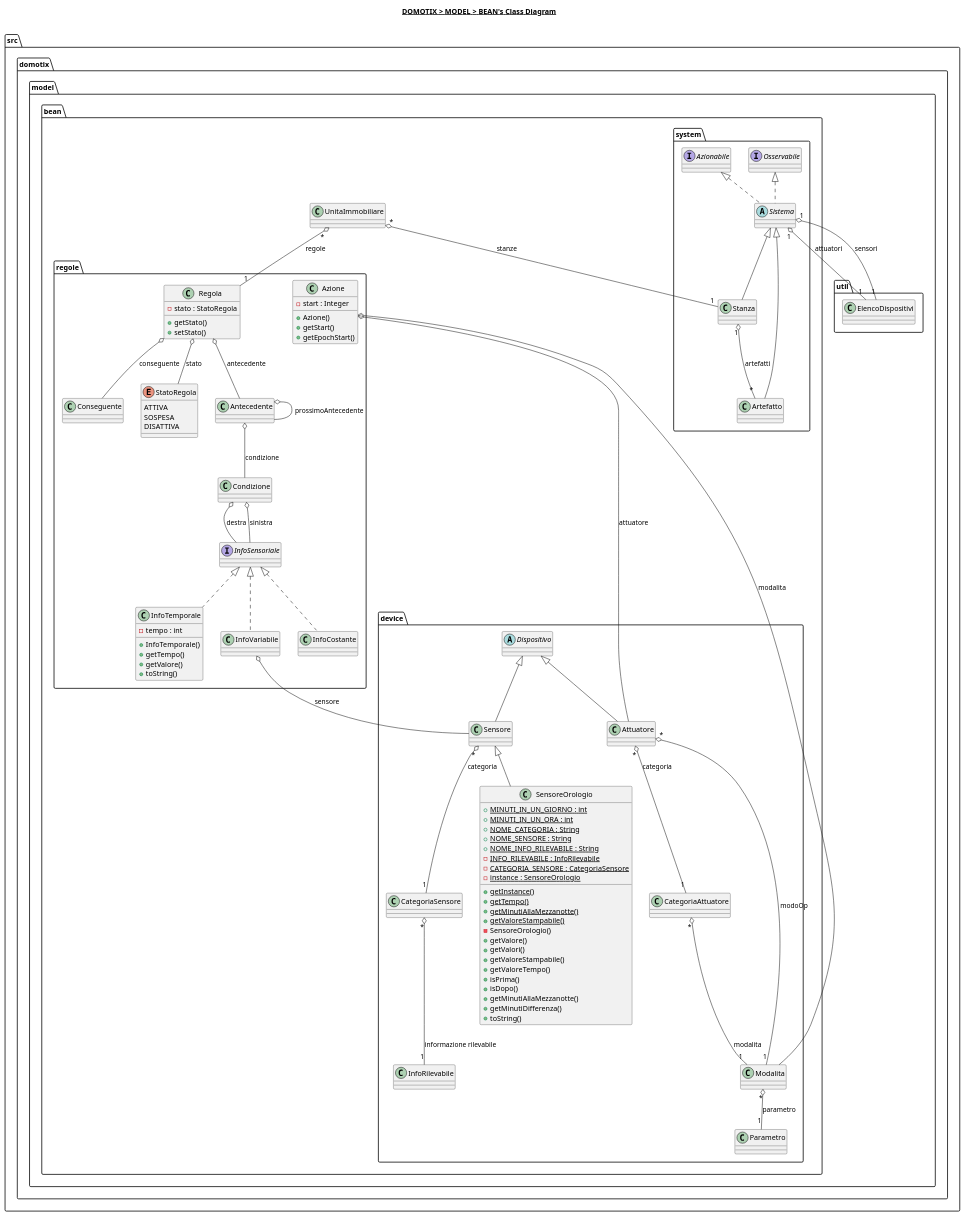
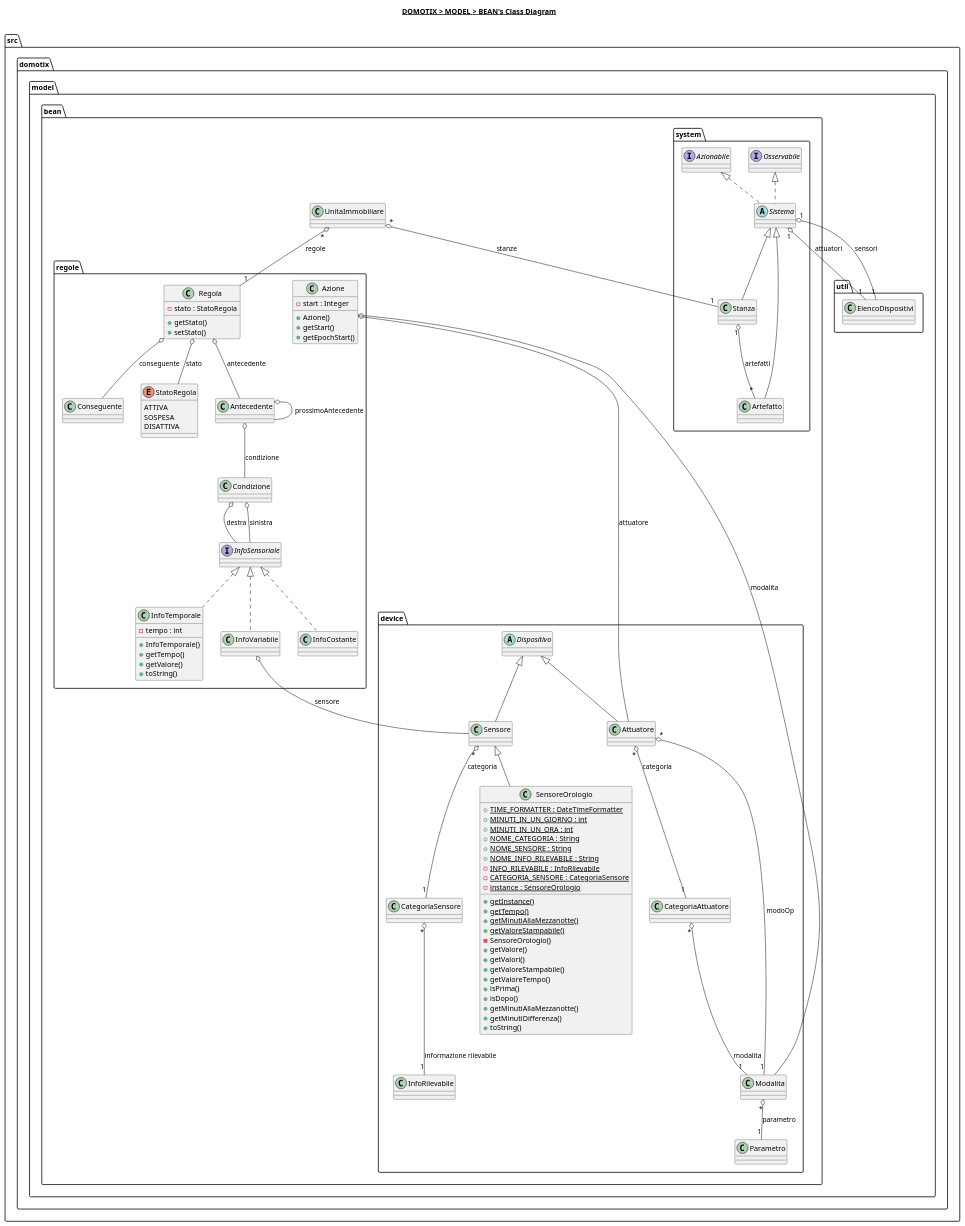
Before and after one commit to Edoar-do/Domotix: the diagram in src/domotix/model/bean/bean.plantuml, drawn with PlantUML. The commit also changed 7 other files, not shown here.

```diff
--- a/src/domotix/model/bean/bean.plantuml
+++ b/src/domotix/model/bean/bean.plantuml
@@ -1,164 +1,165 @@
 @startuml
 
 title __DOMOTIX > MODEL > BEAN's Class Diagram__\n
 
 namespace src.domotix.model {
     namespace util {
     }
 
     namespace bean {
         class src.domotix.model.bean.UnitaImmobiliare {
         }
 
         namespace device {
             class src.domotix.model.bean.device.Attuatore {
             }
 
             class src.domotix.model.bean.device.CategoriaAttuatore {
             }
 
             class src.domotix.model.bean.device.CategoriaSensore {
             }
 
             abstract class src.domotix.model.bean.device.Dispositivo {
             }
 
             class src.domotix.model.bean.device.Modalita {
             }
 
             class src.domotix.model.bean.device.Parametro {
             }
 
             class src.domotix.model.bean.device.Sensore {
             }
 
             class src.domotix.model.bean.device.InfoRilevabile {
             }
 
             class src.domotix.model.bean.device.SensoreOrologio {
+                {static} + TIME_FORMATTER : DateTimeFormatter
                 {static} + MINUTI_IN_UN_GIORNO : int
                 {static} + MINUTI_IN_UN_ORA : int
                 {static} + NOME_CATEGORIA : String
                 {static} + NOME_SENSORE : String
                 {static} + NOME_INFO_RILEVABILE : String
                 {static} - INFO_RILEVABILE : InfoRilevabile
                 {static} - CATEGORIA_SENSORE : CategoriaSensore
                 {static} - instance : SensoreOrologio
                 {static} + getInstance()
                 {static} + getTempo()
                 {static} + getMinutiAllaMezzanotte()
                 {static} + getValoreStampabile()
                 - SensoreOrologio()
                 + getValore()
                 + getValori()
                 + getValoreStampabile()
                 + getValoreTempo()
                 + isPrima()
                 + isDopo()
                 + getMinutiAllaMezzanotte()
                 + getMinutiDifferenza()
                 + toString()
             }
         }
 
         namespace system {
             class src.domotix.model.bean.system.Artefatto {
               }
 
               interface src.domotix.model.bean.system.Azionabile {
               }
 
               interface src.domotix.model.bean.system.Osservabile {
               }
 
               abstract class src.domotix.model.bean.system.Sistema {
               }
 
               class src.domotix.model.bean.system.Stanza {
               }
         }
 
         namespace regole {
             class src.domotix.model.bean.regole.Regola {
                 - stato : StatoRegola
                 + getStato()
                 + setStato()
             }
 
             enum src.domotix.model.bean.regole.StatoRegola {
                 ATTIVA
                 SOSPESA
                 DISATTIVA
             }
 
             class src.domotix.model.bean.regole.Antecedente {
             }
 
             class src.domotix.model.bean.regole.Condizione {
             }
 
             interface src.domotix.model.bean.regole.InfoSensoriale {
             }
 
             class src.domotix.model.bean.regole.InfoCostante {
             }
 
             class src.domotix.model.bean.regole.InfoTemporale {
                 - tempo : int
                 + InfoTemporale()
                 + getTempo()
                 + getValore()
                 + toString()
             }
 
             class src.domotix.model.bean.regole.InfoVariabile {
             }
 
             class src.domotix.model.bean.regole.Conseguente {
             }
 
             class src.domotix.model.bean.regole.Azione {
                 - start : Integer
                 + Azione()
                 + getStart()
                 + getEpochStart()
             }
         }
     }
 }
 
 src.domotix.model.bean.device.Attuatore -up-|> src.domotix.model.bean.device.Dispositivo
 src.domotix.model.bean.device.Attuatore "*" o-- "1" src.domotix.model.bean.device.CategoriaAttuatore : categoria
 src.domotix.model.bean.device.Attuatore "*" o-- "1" src.domotix.model.bean.device.Modalita : modoOp
 src.domotix.model.bean.device.CategoriaAttuatore "*" o-- "1" src.domotix.model.bean.device.Modalita : modalita
 src.domotix.model.bean.device.Modalita "*" o-- "1" src.domotix.model.bean.device.Parametro : parametro
 src.domotix.model.bean.device.Sensore -up-|> src.domotix.model.bean.device.Dispositivo
 src.domotix.model.bean.device.Sensore "*" o-- "1" src.domotix.model.bean.device.CategoriaSensore : categoria
 src.domotix.model.bean.device.CategoriaSensore "*" o-- "1" src.domotix.model.bean.device.InfoRilevabile : informazione rilevabile
 src.domotix.model.bean.device.SensoreOrologio -up-|> src.domotix.model.bean.device.Sensore
 
 src.domotix.model.bean.system.Artefatto -up-|> src.domotix.model.bean.system.Sistema
 src.domotix.model.bean.system.Sistema .up.|> src.domotix.model.bean.system.Azionabile
 src.domotix.model.bean.system.Sistema .up.|> src.domotix.model.bean.system.Osservabile
 src.domotix.model.bean.system.Sistema "1" o-- "1" src.domotix.model.util.ElencoDispositivi : attuatori
 src.domotix.model.bean.system.Sistema "1" o-- "1" src.domotix.model.util.ElencoDispositivi : sensori
 src.domotix.model.bean.system.Stanza -up-|> src.domotix.model.bean.system.Sistema
 src.domotix.model.bean.system.Stanza "1" o-- "*" src.domotix.model.bean.system.Artefatto : artefatti
 src.domotix.model.bean.UnitaImmobiliare "*" o-- "1" src.domotix.model.bean.system.Stanza : stanze
 src.domotix.model.bean.UnitaImmobiliare "*" o-- "1" src.domotix.model.bean.regole.Regola : regole
 
 src.domotix.model.bean.regole.Antecedente o-- src.domotix.model.bean.regole.Condizione : condizione
 src.domotix.model.bean.regole.Antecedente o-- src.domotix.model.bean.regole.Antecedente : prossimoAntecedente
 src.domotix.model.bean.regole.Azione o-- src.domotix.model.bean.device.Attuatore : attuatore
 src.domotix.model.bean.regole.Azione o-- src.domotix.model.bean.device.Modalita : modalita
 src.domotix.model.bean.regole.Condizione o-- src.domotix.model.bean.regole.InfoSensoriale : destra
 src.domotix.model.bean.regole.Condizione o-- src.domotix.model.bean.regole.InfoSensoriale : sinistra
 src.domotix.model.bean.regole.InfoCostante .up.|> src.domotix.model.bean.regole.InfoSensoriale
 src.domotix.model.bean.regole.InfoVariabile .up.|> src.domotix.model.bean.regole.InfoSensoriale
 src.domotix.model.bean.regole.InfoTemporale .up.|> src.domotix.model.bean.regole.InfoSensoriale
 src.domotix.model.bean.regole.InfoVariabile o-- src.domotix.model.bean.device.Sensore : sensore
 src.domotix.model.bean.regole.Regola o-- src.domotix.model.bean.regole.Antecedente : antecedente
 src.domotix.model.bean.regole.Regola o-- src.domotix.model.bean.regole.Conseguente : conseguente
 src.domotix.model.bean.regole.Regola o-- src.domotix.model.bean.regole.StatoRegola : stato
 
 @enduml
```
